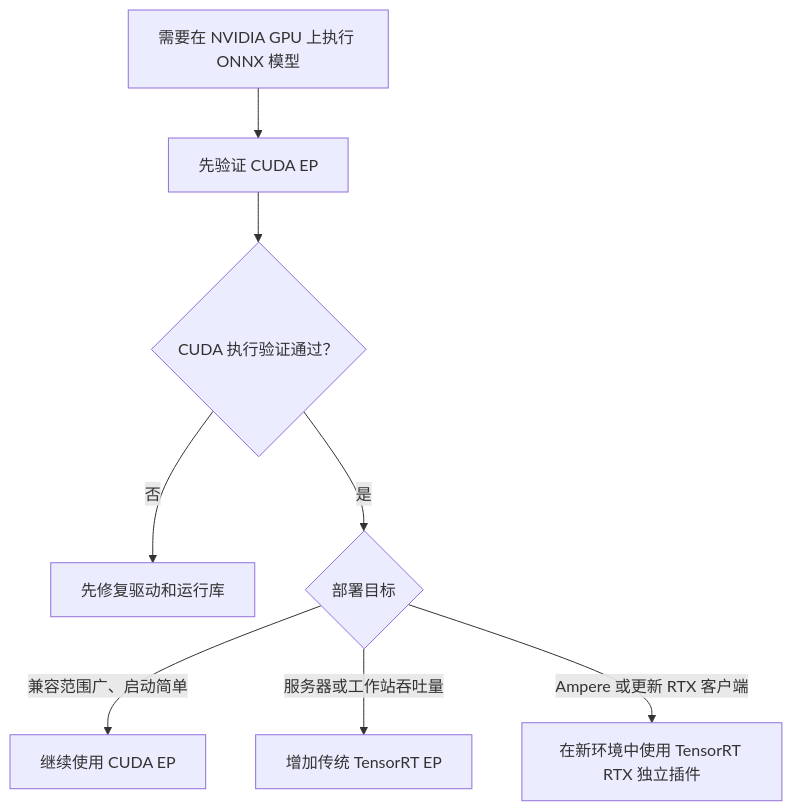
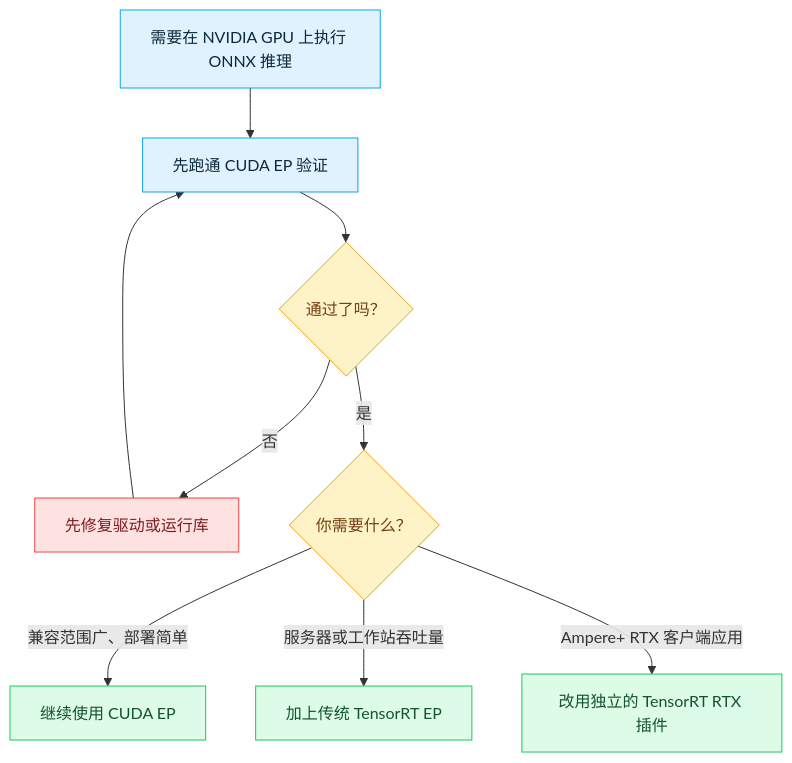
The second of 6 diagrams in NVIDIA/README.zh-CN.md (DakeQQ/Tutorial-ONNX-Runtime-Execution-Providers), drawn with Mermaid before and after one commit. The commit also changed other lines of this file and 15 other files, not shown here.

````diff
--- a/NVIDIA/README.zh-CN.md
+++ b/NVIDIA/README.zh-CN.md
@@ -31,10 +81,20 @@
 ```mermaid
 flowchart TD
-    A[需要在 NVIDIA GPU 上执行 ONNX 模型] --> B[先验证 CUDA EP]
-    B --> C{CUDA 执行验证通过？}
-    C -- 否 --> D[先修复驱动和运行库]
-    C -- 是 --> E{部署目标}
-    E -->|兼容范围广、启动简单| F[继续使用 CUDA EP]
-    E -->|服务器或工作站吞吐量| G[增加传统 TensorRT EP]
-    E -->|Ampere 或更新 RTX 客户端| H[在新环境中使用 TensorRT RTX 独立插件]
+    A["需要在 NVIDIA GPU 上执行 ONNX 推理"] --> B["先跑通 CUDA EP 验证"]
+    B --> C{"通过了吗？"}
+    C -- 否 --> D["先修复驱动或运行库"]
+    D --> B
+    C -- 是 --> E{"你需要什么？"}
+    E -->|兼容范围广、部署简单| F["继续使用 CUDA EP"]
+    E -->|服务器或工作站吞吐量| G["加上传统 TensorRT EP"]
+    E -->|Ampere+ RTX 客户端应用| H["改用独立的 TensorRT RTX 插件"]
+
+    classDef step fill:#e0f2fe,stroke:#0ea5e9,color:#0c2a3d;
+    classDef dec fill:#fef3c7,stroke:#f59e0b,color:#713f12;
+    classDef good fill:#dcfce7,stroke:#22c55e,color:#14532d;
+    classDef bad fill:#fee2e2,stroke:#ef4444,color:#7f1d1d;
+    class A,B step;
+    class C,E dec;
+    class F,G,H good;
+    class D bad;
 ```
````
